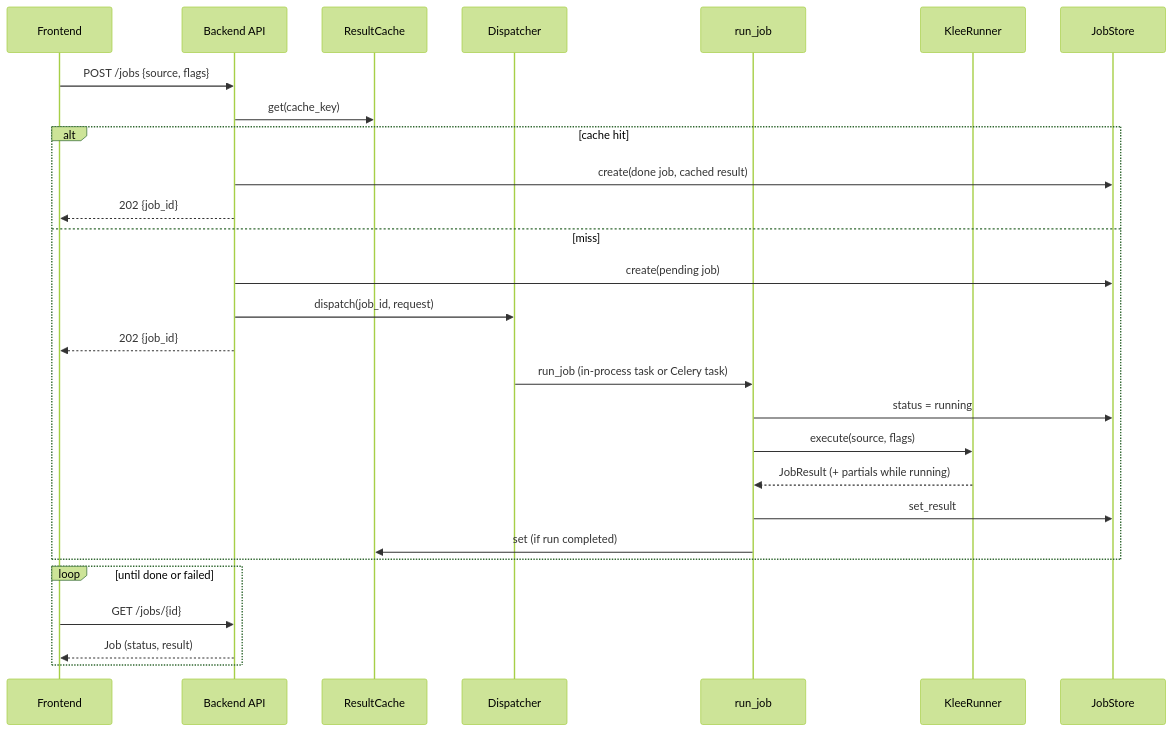
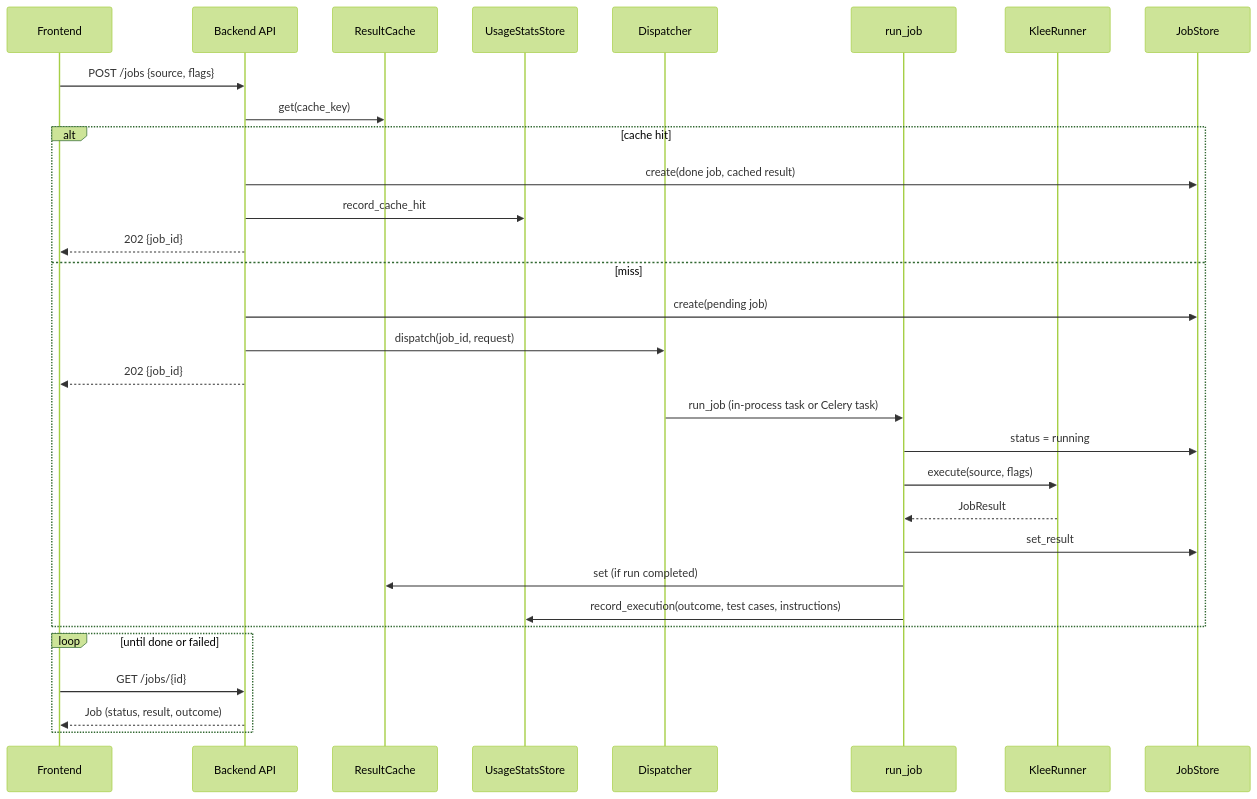
One commit to FinnLeh/klee-web changed the second of 2 diagrams in docs/architecture.md. Above: the diagram before and after it, drawn with Mermaid (forest theme). The commit also changed other lines of this file and 3 other files, not shown here.

Commit message:
docs: resync architecture and READMEs for observability and sandbox

````diff
--- a/docs/architecture.md
+++ b/docs/architecture.md
@@ -55,31 +67,34 @@
 ```mermaid
 sequenceDiagram
     participant FE as Frontend
     participant API as Backend API
     participant CACHE as ResultCache
+    participant USAGE as UsageStatsStore
     participant DISP as Dispatcher
     participant W as run_job
     participant RUN as KleeRunner
     participant STORE as JobStore
 
     FE->>API: POST /jobs {source, flags}
     API->>CACHE: get(cache_key)
     alt cache hit
         API->>STORE: create(done job, cached result)
+        API->>USAGE: record_cache_hit
         API-->>FE: 202 {job_id}
     else miss
         API->>STORE: create(pending job)
         API->>DISP: dispatch(job_id, request)
         API-->>FE: 202 {job_id}
         DISP->>W: run_job (in-process task or Celery task)
         W->>STORE: status = running
         W->>RUN: execute(source, flags)
-        RUN-->>W: JobResult (+ partials while running)
+        RUN-->>W: JobResult
         W->>STORE: set_result
         W->>CACHE: set (if run completed)
+        W->>USAGE: record_execution(outcome, test cases, instructions)
     end
     loop until done or failed
         FE->>API: GET /jobs/{id}
-        API-->>FE: Job (status, result)
+        API-->>FE: Job (status, result, outcome)
     end
 ```
````
